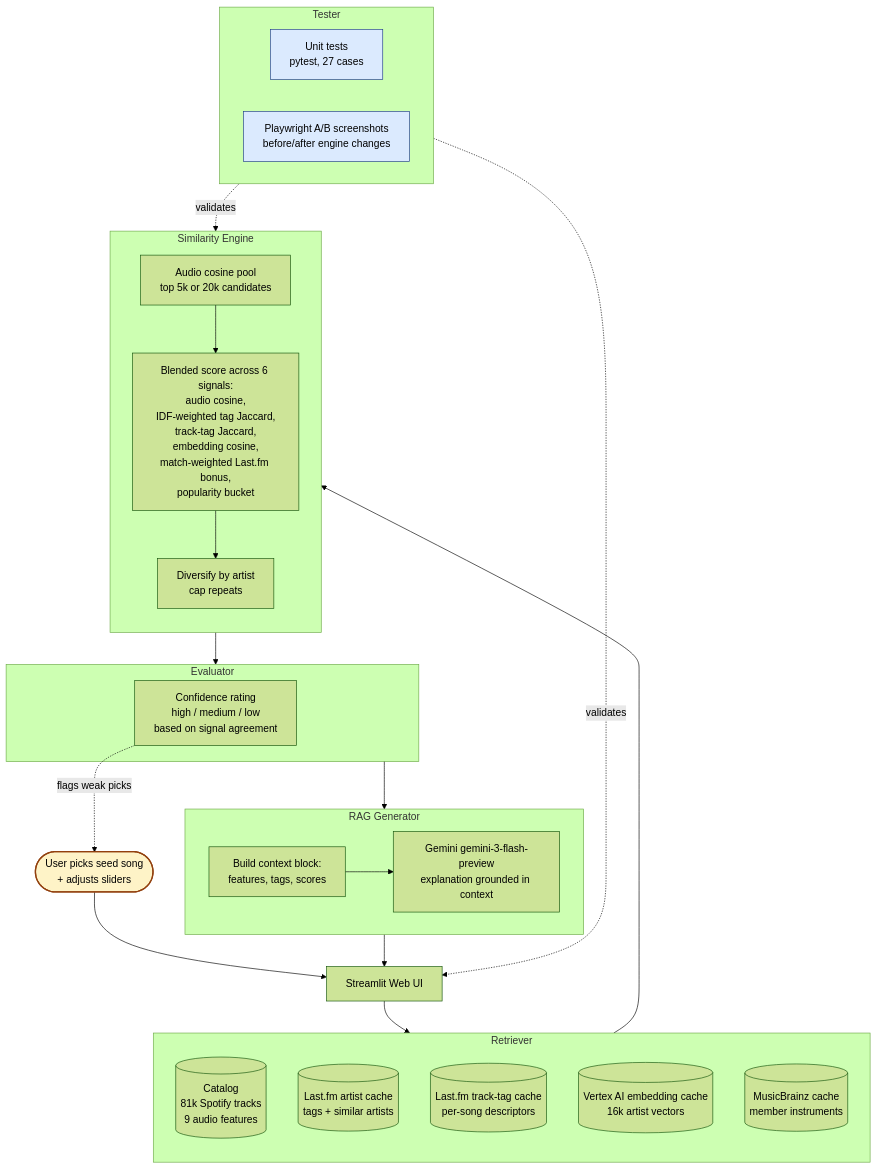
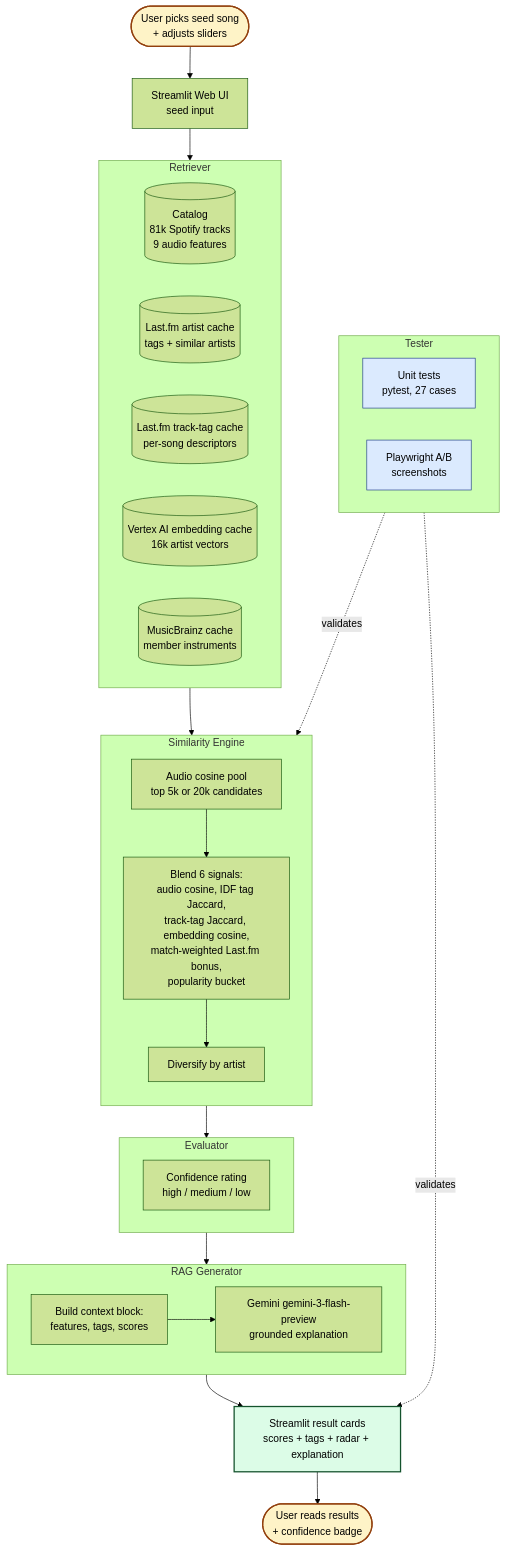
The diagram in system_diagram.mmd (jmaddaus/ai110-final), drawn with Mermaid (forest theme) before and after one commit. The commit also changed 2 other files, not shown here.

Commit message:
render system diagram as PNG and embed image in README
The rubric requires the system diagram as an image file. Renders the
Mermaid source via mmdc to screenshots/system_diagram.png and replaces
the inline Mermaid block in the README with a markdown image embed so
the diagram displays without a Mermaid renderer (e.g. PDF exports,
plain markdown viewers).

Also restructures the Mermaid source so the layout is genuinely
top-to-bottom:
- splits the input UI from the output result cards (the prior
  combined node created a User -> UI -> ... -> UI loop that pulled
  the layout sideways)
- gives the User and Result-card nodes distinct styling (yellow for
  human, green for output)
- moves the Tester block to the side with dotted arrows so it does
  not interrupt the request path

The .mmd source, the .md plain-text fallback, and the per-query
flowchart.mmd are all still linked from the README.

```diff
--- a/system_diagram.mmd
+++ b/system_diagram.mmd
@@ -1,54 +1,57 @@
 flowchart TB
-    User([User picks seed song<br/>+ adjusts sliders])
-    UI[Streamlit Web UI]
+    User([User picks seed song<br/>+ adjusts sliders]):::human
+    UI[Streamlit Web UI<br/>seed input]
 
     User --> UI
-    UI --> Retriever
 
     subgraph Retriever [Retriever]
-        direction TB
+        direction LR
         Catalog[(Catalog<br/>81k Spotify tracks<br/>9 audio features)]
         LFArtist[(Last.fm artist cache<br/>tags + similar artists)]
         LFTrack[(Last.fm track-tag cache<br/>per-song descriptors)]
         Embed[(Vertex AI embedding cache<br/>16k artist vectors)]
         MB[(MusicBrainz cache<br/>member instruments)]
     end
 
-    Retriever --> Engine
+    UI --> Retriever
 
     subgraph Engine [Similarity Engine]
         direction TB
         Pool[Audio cosine pool<br/>top 5k or 20k candidates]
-        Pool --> Blend[Blended score across 6 signals:<br/>audio cosine,<br/>IDF-weighted tag Jaccard,<br/>track-tag Jaccard,<br/>embedding cosine,<br/>match-weighted Last.fm bonus,<br/>popularity bucket]
-        Blend --> Diversify[Diversify by artist<br/>cap repeats]
+        Pool --> Blend[Blend 6 signals:<br/>audio cosine, IDF tag Jaccard,<br/>track-tag Jaccard, embedding cosine,<br/>match-weighted Last.fm bonus,<br/>popularity bucket]
+        Blend --> Diversify[Diversify by artist]
+    end
+
+    Retriever --> Engine
+
+    subgraph Evaluator [Evaluator]
+        Conf[Confidence rating<br/>high / medium / low]
     end
 
     Engine --> Evaluator
 
-    subgraph Evaluator [Evaluator]
-        Conf[Confidence rating<br/>high / medium / low<br/>based on signal agreement]
+    subgraph Generator [RAG Generator]
+        direction LR
+        Context[Build context block:<br/>features, tags, scores]
+        Gemini[Gemini gemini-3-flash-preview<br/>grounded explanation]
+        Context --> Gemini
     end
 
     Evaluator --> Generator
 
-    subgraph Generator [RAG Generator]
-        Context[Build context block:<br/>features, tags, scores]
-        Gemini[Gemini gemini-3-flash-preview<br/>explanation grounded in context]
-        Context --> Gemini
-    end
-
-    Generator --> UI
+    Output[Streamlit result cards<br/>scores + tags + radar + explanation]:::output
+    Generator --> Output
+    Output --> Reader([User reads results<br/>+ confidence badge]):::human
 
     subgraph Tester [Tester]
-        Unit[Unit tests<br/>pytest, 27 cases]
-        Shots[Playwright A/B screenshots<br/>before/after engine changes]
+        direction LR
+        Unit[Unit tests<br/>pytest, 27 cases]:::test
+        Shots[Playwright A/B<br/>screenshots]:::test
     end
 
     Tester -. validates .-> Engine
-    Tester -. validates .-> UI
-    Conf -. flags weak picks .-> User
+    Tester -. validates .-> Output
 
     classDef human fill:#fef3c7,stroke:#92400e,stroke-width:2px
     classDef test fill:#dbeafe,stroke:#1e3a8a,stroke-width:1px
-    class User human
-    class Unit,Shots test
+    classDef output fill:#dcfce7,stroke:#14532d,stroke-width:2px
```
